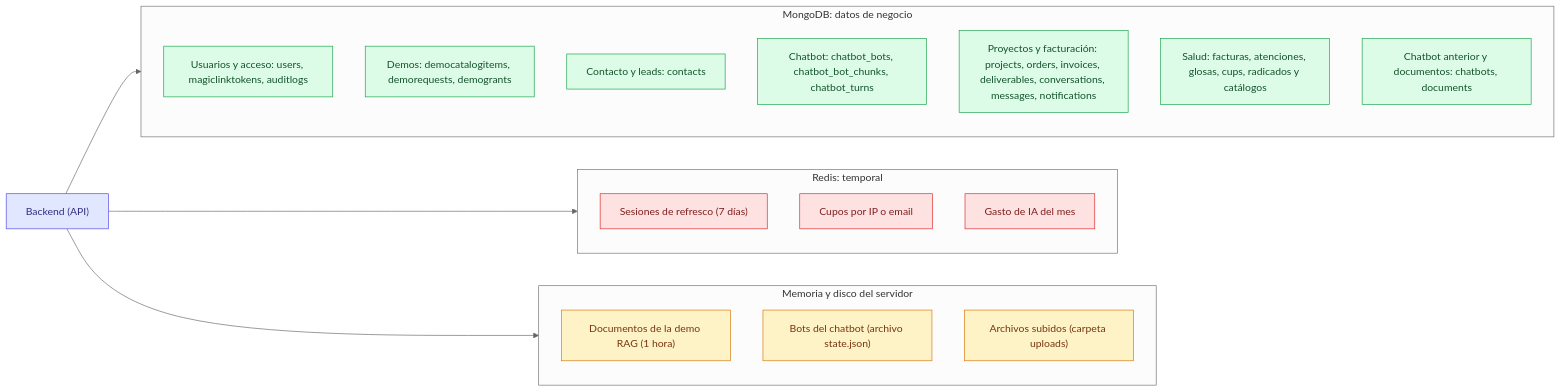
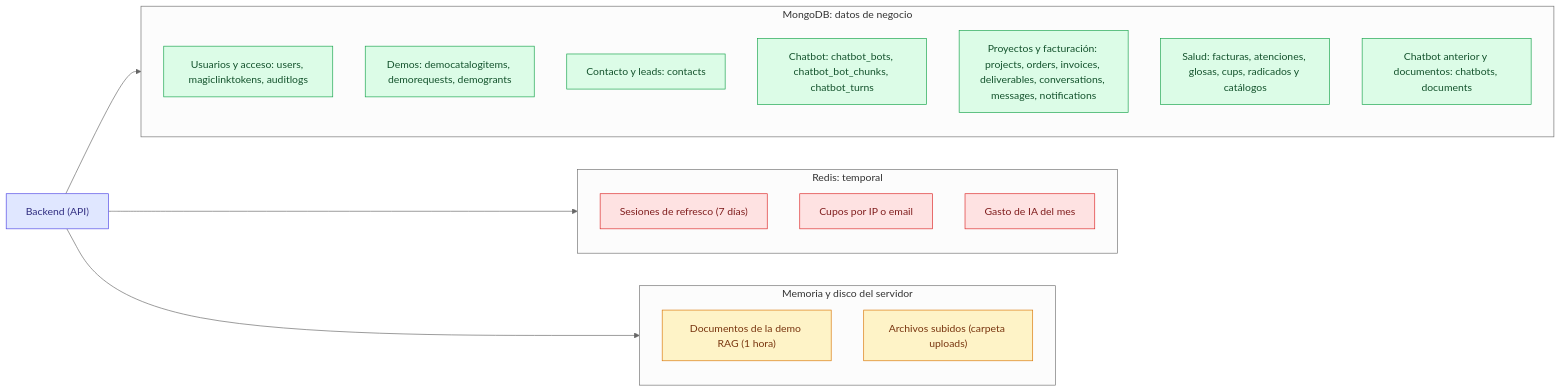
One commit to ronalc90/koptup changed the first of 13 diagrams in docs/wiki/Doc-09-Modelos-de-Datos.md. Above: the diagram before and after it, drawn with Mermaid (neutral theme). The commit also changed other lines of this file and 90 other files, not shown here.

````diff
--- a/docs/wiki/Doc-09-Modelos-de-Datos.md
+++ b/docs/wiki/Doc-09-Modelos-de-Datos.md
@@ -26,35 +26,34 @@
 ```mermaid
 flowchart LR
     classDef mongo fill:#dcfce7,stroke:#16a34a,color:#14532d
     classDef redis fill:#fee2e2,stroke:#dc2626,color:#7f1d1d
     classDef mem fill:#fef3c7,stroke:#d97706,color:#78350f
     classDef api fill:#e0e7ff,stroke:#4f46e5,color:#312e81
 
     API["Backend (API)"]:::api
 
     subgraph MONGO["MongoDB: datos de negocio"]
         U["Usuarios y acceso: users, magiclinktokens, auditlogs"]:::mongo
         D["Demos: democatalogitems, demorequests, demogrants"]:::mongo
         L["Contacto y leads: contacts"]:::mongo
         B["Chatbot: chatbot_bots, chatbot_bot_chunks, chatbot_turns"]:::mongo
         P["Proyectos y facturación: projects, orders, invoices, deliverables, conversations, messages, notifications"]:::mongo
         S["Salud: facturas, atenciones, glosas, cups, radicados y catálogos"]:::mongo
         C["Chatbot anterior y documentos: chatbots, documents"]:::mongo
     end
 
     subgraph REDIS["Redis: temporal"]
         R1["Sesiones de refresco (7 días)"]:::redis
         R2["Cupos por IP o email"]:::redis
         R3["Gasto de IA del mes"]:::redis
     end
 
     subgraph PROC["Memoria y disco del servidor"]
         M1["Documentos de la demo RAG (1 hora)"]:::mem
-        M2["Bots del chatbot (archivo state.json)"]:::mem
         M3["Archivos subidos (carpeta uploads)"]:::mem
     end
 
     API --> MONGO
     API --> REDIS
     API --> PROC
 ```
````
